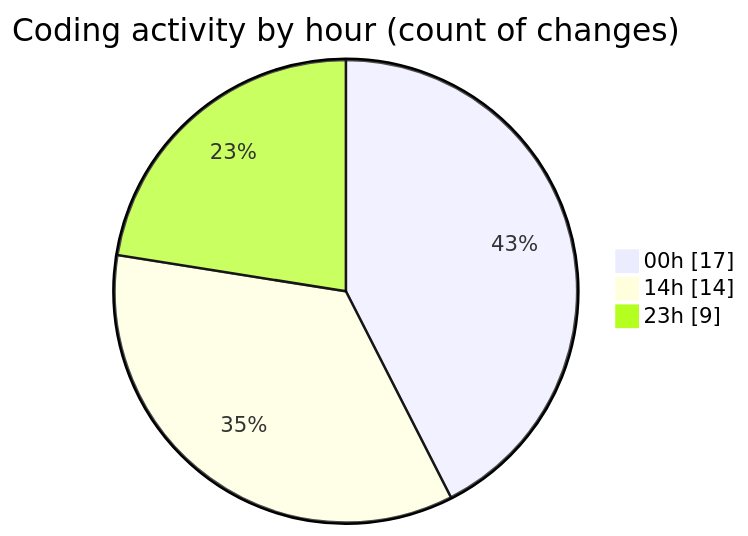
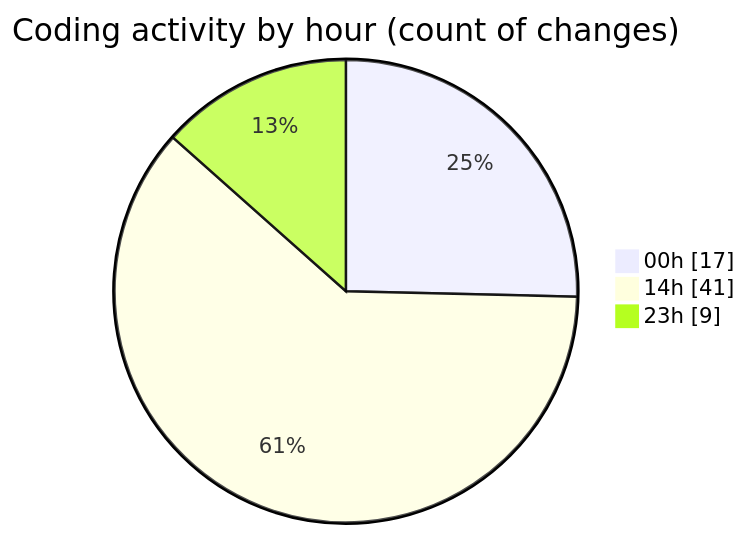
The second of 2 diagrams in 2025-07-20/mern-workoutboard/README.md (Ritupan-Deka/code-tracking), drawn with Mermaid before and after one commit. The commit also changed other lines of this file and 1 other file, not shown here.

````diff
--- a/2025-07-20/mern-workoutboard/README.md
+++ b/2025-07-20/mern-workoutboard/README.md
@@ -29,7 +29,7 @@
 ```mermaid
 pie showData
 title Coding activity by hour (count of changes)
 "00h" : 17
-"14h" : 14
+"14h" : 41
 "23h" : 9
 ```
````
